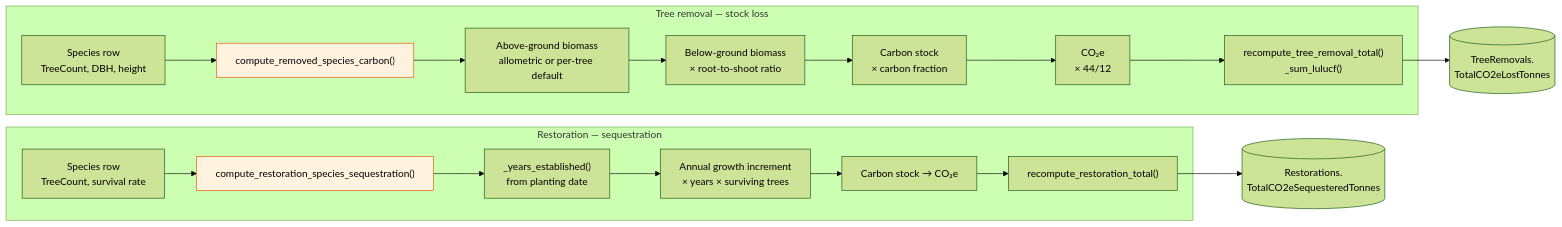
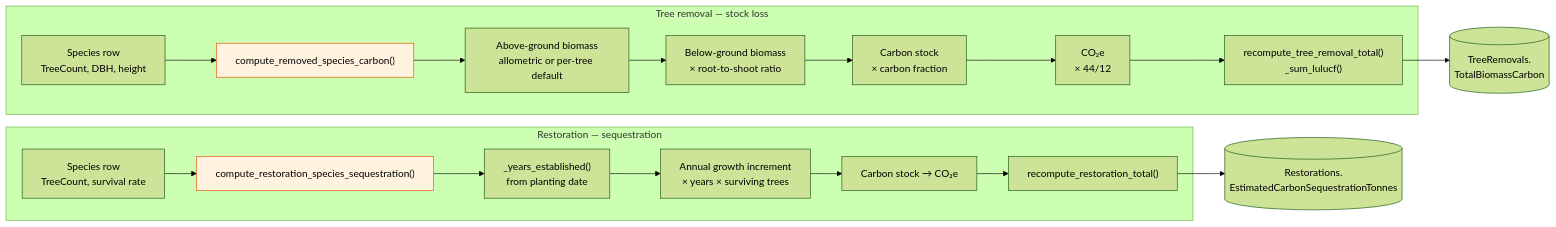
The fourth of 4 diagrams in docs/diagrams/uml/04-domain-nature-mrv.md (Software-Lifecycle-Consultants/SusDevOS-Pro), drawn with Mermaid (forest theme) before and after one commit. The commit also changed other lines of this file and 23 other files, not shown here.

````diff
--- a/docs/diagrams/uml/04-domain-nature-mrv.md
+++ b/docs/diagrams/uml/04-domain-nature-mrv.md
@@ -191,25 +211,25 @@
 ```mermaid
 flowchart LR
     subgraph Removal["Tree removal — stock loss"]
         R1["Species row<br/>TreeCount, DBH, height"] --> R2["compute_removed_species_carbon()"]
         R2 --> R3["Above-ground biomass<br/>allometric or per-tree default"]
         R3 --> R4["Below-ground biomass<br/>× root-to-shoot ratio"]
         R4 --> R5["Carbon stock<br/>× carbon fraction"]
         R5 --> R6["CO₂e<br/>× 44/12"]
         R6 --> R7["recompute_tree_removal_total()<br/>_sum_lulucf()"]
     end
 
     subgraph Rest["Restoration — sequestration"]
         S1["Species row<br/>TreeCount, survival rate"] --> S2["compute_restoration_species_sequestration()"]
         S2 --> S3["_years_established()<br/>from planting date"]
         S3 --> S4["Annual growth increment<br/>× years × surviving trees"]
         S4 --> S5["Carbon stock → CO₂e"]
         S5 --> S6["recompute_restoration_total()"]
     end
 
-    R7 --> TOT[("TreeRemovals.<br/>TotalCO2eLostTonnes")]
-    S6 --> TOT2[("Restorations.<br/>TotalCO2eSequesteredTonnes")]
+    R7 --> TOT[("TreeRemovals.<br/>TotalBiomassCarbon")]
+    S6 --> TOT2[("Restorations.<br/>EstimatedCarbonSequestrationTonnes")]
 
     style R2 fill:#fff3e0,stroke:#e65100,color:#000
     style S2 fill:#fff3e0,stroke:#e65100,color:#000
 ```
````
